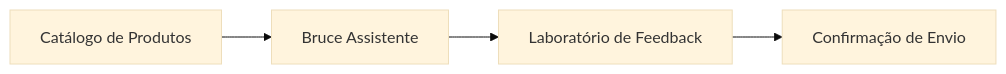
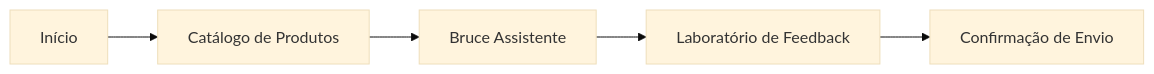
The diagram in README.md (arthurmaranhaoo/trillia-platform), drawn with Mermaid (base theme) before and after one commit. The commit also changed other lines of this file, not shown here.

````diff
--- a/README.md
+++ b/README.md
@@ -9,6 +9,7 @@
 ```mermaid
 graph LR
-    A[Catálogo de Produtos] --> B[Bruce Assistente]
+    Start[Início] --> A[Catálogo de Produtos]
+    A --> B[Bruce Assistente]
     B --> C[Laboratório de Feedback]
     C --> D[Confirmação de Envio]
 ```
````
